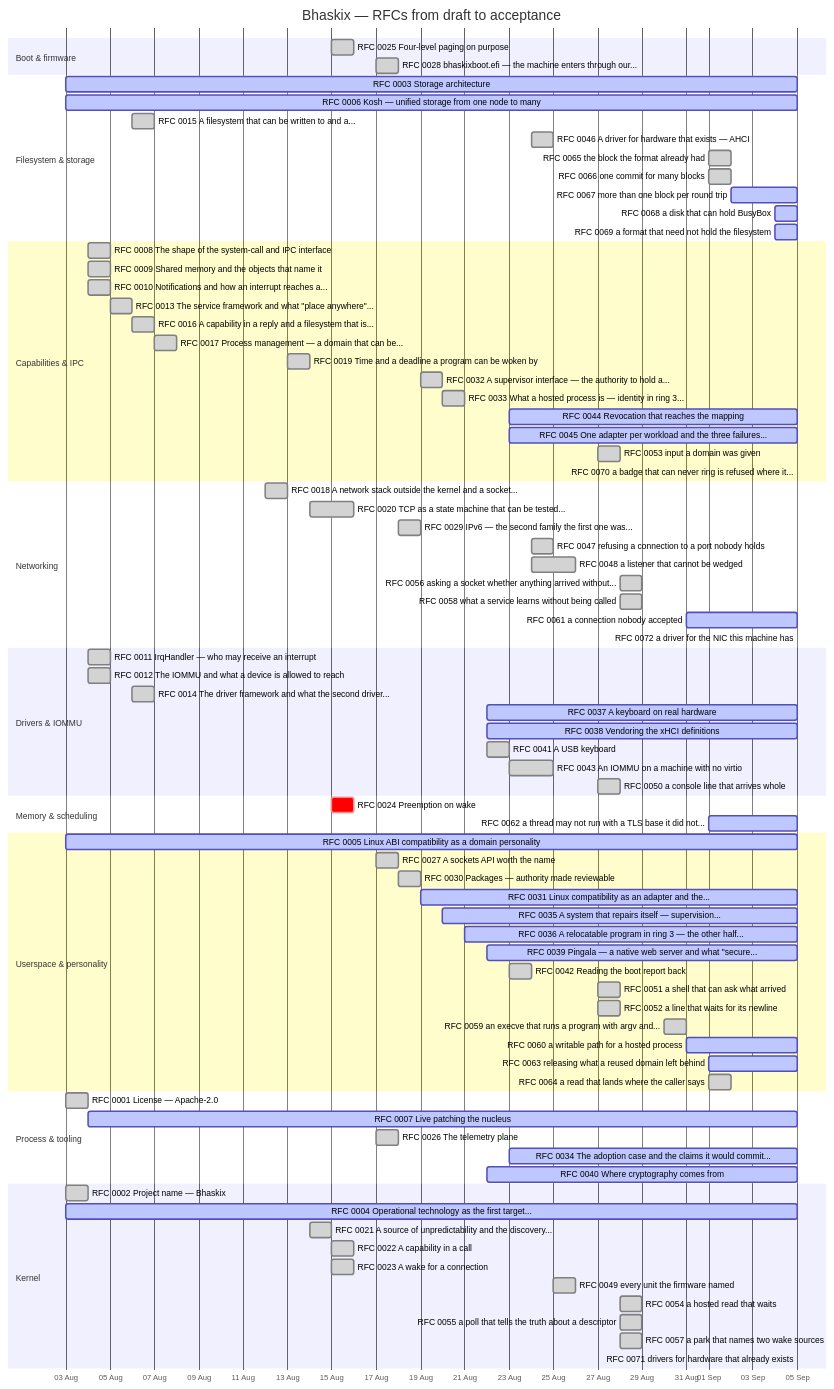
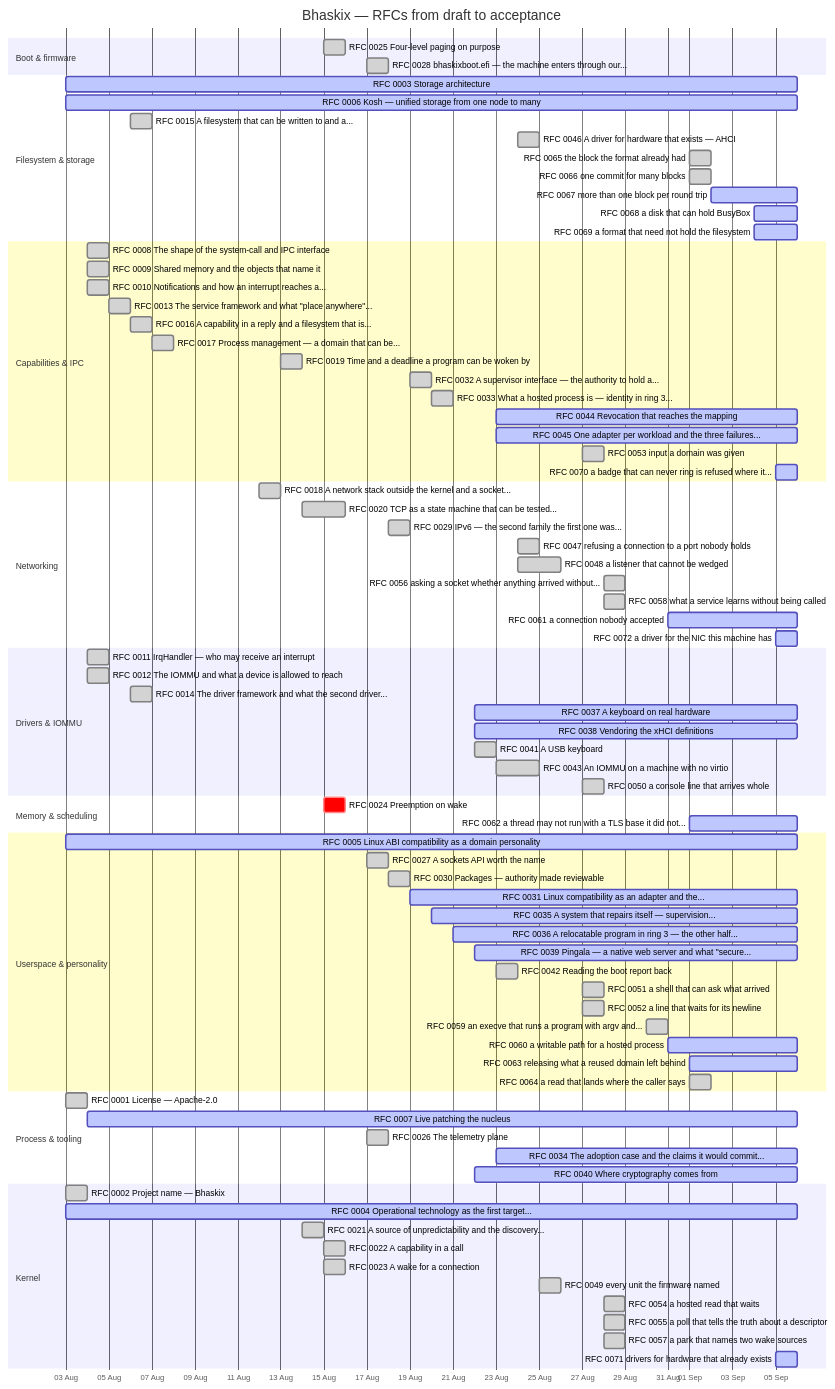
The diagram in docs/progress.md (bhaskix/bhaskix), drawn with Mermaid before and after one commit. The commit also changed other lines of this file and 2 other files, not shown here.

Commit message:
docs: three boots, a working HMC path, and a gate that is still not met
RFC 0072 step 4 and TRACKER §7. The record of what the SR550 said across three
boots: the reading before writing, the queue coming up, and the sixty-second
window that narrowed the failure without closing it.

The gate -- a frame arrives -- is unmet, and both documents say so first.

What the boots settled is written as measurement: the whole HMC path carries
real data end to end, Table 38-419's ring base is in 128-byte units against its
own text, and three explanations for the silence are dead. The one left is
whether the port receives anything at all, with the read-only instrument that
would answer it named rather than taken.

Two earlier claims are corrected where they were made rather than quietly: step
3 was called complete with the link half of its gate unread, and the five-second
boot's CTX_MISS read was flagged at the time as saying less than it appeared to,
which the sixty-second boot confirms.

````diff
--- a/docs/progress.md
+++ b/docs/progress.md
@@ -31,15 +31,15 @@
     RFC 0025 Four-level paging on purpose :done, r0025, 2026-08-15, 2026-08-16
     RFC 0028 bhaskixboot.efi — the machine enters through our... :done, r0028, 2026-08-17, 2026-08-18
     section Filesystem & storage
-    RFC 0003 Storage architecture :active, r0003, 2026-08-03, 2026-09-05
-    RFC 0006 Kosh — unified storage from one node to many :active, r0006, 2026-08-03, 2026-09-05
+    RFC 0003 Storage architecture :active, r0003, 2026-08-03, 2026-09-06
+    RFC 0006 Kosh — unified storage from one node to many :active, r0006, 2026-08-03, 2026-09-06
     RFC 0015 A filesystem that can be written to and a... :done, r0015, 2026-08-06, 1d
     RFC 0046 A driver for hardware that exists — AHCI :done, r0046, 2026-08-24, 1d
     RFC 0065 the block the format already had :done, r0065, 2026-09-01, 1d
     RFC 0066 one commit for many blocks :done, r0066, 2026-09-01, 1d
-    RFC 0067 more than one block per round trip :active, r0067, 2026-09-02, 2026-09-05
-    RFC 0068 a disk that can hold BusyBox :active, r0068, 2026-09-04, 2026-09-05
-    RFC 0069 a format that need not hold the filesystem :active, r0069, 2026-09-04, 2026-09-05
+    RFC 0067 more than one block per round trip :active, r0067, 2026-09-02, 2026-09-06
+    RFC 0068 a disk that can hold BusyBox :active, r0068, 2026-09-04, 2026-09-06
+    RFC 0069 a format that need not hold the filesystem :active, r0069, 2026-09-04, 2026-09-06
     section Capabilities & IPC
     RFC 0008 The shape of the system-call and IPC interface :done, r0008, 2026-08-04, 1d
     RFC 0009 Shared memory and the objects that name it :done, r0009, 2026-08-04, 1d
@@ -50,10 +50,10 @@
     RFC 0019 Time and a deadline a program can be woken by :done, r0019, 2026-08-13, 2026-08-14
     RFC 0032 A supervisor interface — the authority to hold a... :done, r0032, 2026-08-19, 2026-08-20
     RFC 0033 What a hosted process is — identity in ring 3... :done, r0033, 2026-08-20, 1d
-    RFC 0044 Revocation that reaches the mapping :active, r0044, 2026-08-23, 2026-09-05
-    RFC 0045 One adapter per workload and the three failures... :active, r0045, 2026-08-23, 2026-09-05
+    RFC 0044 Revocation that reaches the mapping :active, r0044, 2026-08-23, 2026-09-06
+    RFC 0045 One adapter per workload and the three failures... :active, r0045, 2026-08-23, 2026-09-06
     RFC 0053 input a domain was given :done, r0053, 2026-08-27, 1d
-    RFC 0070 a badge that can never ring is refused where it... :active, r0070, 2026-09-05, 2026-09-05
+    RFC 0070 a badge that can never ring is refused where it... :active, r0070, 2026-09-05, 2026-09-06
     section Networking
     RFC 0018 A network stack outside the kernel and a socket... :done, r0018, 2026-08-12, 2026-08-13
     RFC 0020 TCP as a state machine that can be tested... :done, r0020, 2026-08-14, 2026-08-16
@@ -62,44 +62,44 @@
     RFC 0048 a listener that cannot be wedged :done, r0048, 2026-08-24, 2026-08-26
     RFC 0056 asking a socket whether anything arrived without... :done, r0056, 2026-08-28, 1d
     RFC 0058 what a service learns without being called :done, r0058, 2026-08-28, 1d
-    RFC 0061 a connection nobody accepted :active, r0061, 2026-08-31, 2026-09-05
-    RFC 0072 a driver for the NIC this machine has :active, r0072, 2026-09-05, 2026-09-05
+    RFC 0061 a connection nobody accepted :active, r0061, 2026-08-31, 2026-09-06
+    RFC 0072 a driver for the NIC this machine has :active, r0072, 2026-09-05, 2026-09-06
     section Drivers & IOMMU
     RFC 0011 IrqHandler — who may receive an interrupt :done, r0011, 2026-08-04, 1d
     RFC 0012 The IOMMU and what a device is allowed to reach :done, r0012, 2026-08-04, 1d
     RFC 0014 The driver framework and what the second driver... :done, r0014, 2026-08-06, 1d
-    RFC 0037 A keyboard on real hardware :active, r0037, 2026-08-22, 2026-09-05
-    RFC 0038 Vendoring the xHCI definitions :active, r0038, 2026-08-22, 2026-09-05
+    RFC 0037 A keyboard on real hardware :active, r0037, 2026-08-22, 2026-09-06
+    RFC 0038 Vendoring the xHCI definitions :active, r0038, 2026-08-22, 2026-09-06
     RFC 0041 A USB keyboard :done, r0041, 2026-08-22, 2026-08-23
     RFC 0043 An IOMMU on a machine with no virtio :done, r0043, 2026-08-23, 2026-08-25
     RFC 0050 a console line that arrives whole :done, r0050, 2026-08-27, 1d
     section Memory & scheduling
     RFC 0024 Preemption on wake :crit, r0024, 2026-08-15, 1d
-    RFC 0062 a thread may not run with a TLS base it did not... :active, r0062, 2026-09-01, 2026-09-05
+    RFC 0062 a thread may not run with a TLS base it did not... :active, r0062, 2026-09-01, 2026-09-06
     section Userspace & personality
-    RFC 0005 Linux ABI compatibility as a domain personality :active, r0005, 2026-08-03, 2026-09-05
+    RFC 0005 Linux ABI compatibility as a domain personality :active, r0005, 2026-08-03, 2026-09-06
     RFC 0027 A sockets API worth the name :done, r0027, 2026-08-17, 1d
     RFC 0030 Packages — authority made reviewable :done, r0030, 2026-08-18, 2026-08-19
-    RFC 0031 Linux compatibility as an adapter and the... :active, r0031, 2026-08-19, 2026-09-05
-    RFC 0035 A system that repairs itself — supervision... :active, r0035, 2026-08-20, 2026-09-05
-    RFC 0036 A relocatable program in ring 3 — the other half... :active, r0036, 2026-08-21, 2026-09-05
-    RFC 0039 Pingala — a native web server and what "secure... :active, r0039, 2026-08-22, 2026-09-05
+    RFC 0031 Linux compatibility as an adapter and the... :active, r0031, 2026-08-19, 2026-09-06
+    RFC 0035 A system that repairs itself — supervision... :active, r0035, 2026-08-20, 2026-09-06
+    RFC 0036 A relocatable program in ring 3 — the other half... :active, r0036, 2026-08-21, 2026-09-06
+    RFC 0039 Pingala — a native web server and what "secure... :active, r0039, 2026-08-22, 2026-09-06
     RFC 0042 Reading the boot report back :done, r0042, 2026-08-23, 1d
     RFC 0051 a shell that can ask what arrived :done, r0051, 2026-08-27, 1d
     RFC 0052 a line that waits for its newline :done, r0052, 2026-08-27, 1d
     RFC 0059 an execve that runs a program with argv and... :done, r0059, 2026-08-30, 1d
-    RFC 0060 a writable path for a hosted process :active, r0060, 2026-08-31, 2026-09-05
-    RFC 0063 releasing what a reused domain left behind :active, r0063, 2026-09-01, 2026-09-05
+    RFC 0060 a writable path for a hosted process :active, r0060, 2026-08-31, 2026-09-06
+    RFC 0063 releasing what a reused domain left behind :active, r0063, 2026-09-01, 2026-09-06
     RFC 0064 a read that lands where the caller says :done, r0064, 2026-09-01, 1d
     section Process & tooling
     RFC 0001 License — Apache-2.0 :done, r0001, 2026-08-03, 1d
-    RFC 0007 Live patching the nucleus :active, r0007, 2026-08-04, 2026-09-05
+    RFC 0007 Live patching the nucleus :active, r0007, 2026-08-04, 2026-09-06
     RFC 0026 The telemetry plane :done, r0026, 2026-08-17, 1d
-    RFC 0034 The adoption case and the claims it would commit... :active, r0034, 2026-08-23, 2026-09-05
-    RFC 0040 Where cryptography comes from :active, r0040, 2026-08-22, 2026-09-05
+    RFC 0034 The adoption case and the claims it would commit... :active, r0034, 2026-08-23, 2026-09-06
+    RFC 0040 Where cryptography comes from :active, r0040, 2026-08-22, 2026-09-06
     section Kernel
     RFC 0002 Project name — Bhaskix :done, r0002, 2026-08-03, 1d
-    RFC 0004 Operational technology as the first target... :active, r0004, 2026-08-03, 2026-09-05
+    RFC 0004 Operational technology as the first target... :active, r0004, 2026-08-03, 2026-09-06
     RFC 0021 A source of unpredictability and the discovery... :done, r0021, 2026-08-14, 1d
     RFC 0022 A capability in a call :done, r0022, 2026-08-15, 2026-08-16
     RFC 0023 A wake for a connection :done, r0023, 2026-08-15, 2026-08-16
@@ -107,5 +107,5 @@
     RFC 0054 a hosted read that waits :done, r0054, 2026-08-28, 1d
     RFC 0055 a poll that tells the truth about a descriptor :done, r0055, 2026-08-28, 1d
     RFC 0057 a park that names two wake sources :done, r0057, 2026-08-28, 1d
-    RFC 0071 drivers for hardware that already exists :active, r0071, 2026-09-05, 2026-09-05
+    RFC 0071 drivers for hardware that already exists :active, r0071, 2026-09-05, 2026-09-06
 ```
````
